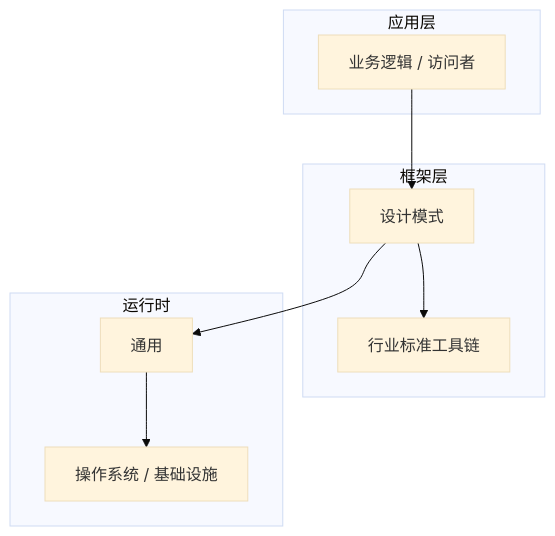
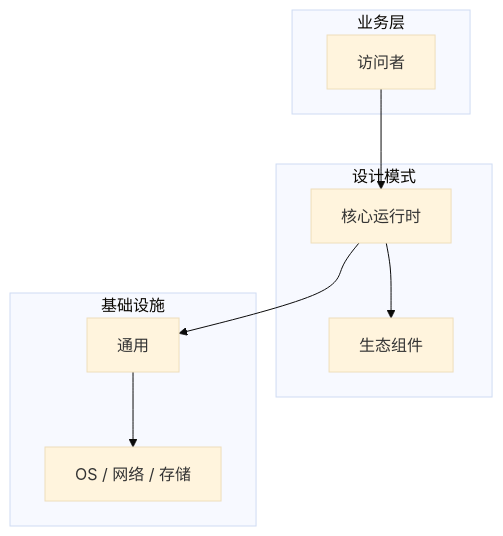
One commit to yanggan2015/knowledge-json-v2 changed the diagram in articles/设计模式/chapters/083-访问者核心概念与原理.md. Above: the diagram before and after it, drawn with Mermaid (base theme). The commit also changed other lines of this file and 10127 other files, not shown here.

````diff
--- a/articles/设计模式/chapters/083-访问者核心概念与原理.md
+++ b/articles/设计模式/chapters/083-访问者核心概念与原理.md
@@ -45,18 +34,18 @@
 ```mermaid
 graph TB
-    subgraph 应用层
-        A[业务逻辑 / 访问者]
+    subgraph 业务层
+        A[访问者]
     end
-    subgraph 框架层
-        B[设计模式]
-        C[行业标准工具链]
+    subgraph 设计模式
+        B[核心运行时]
+        C[生态组件]
     end
-    subgraph 运行时
+    subgraph 基础设施
         D[通用]
-        E[操作系统 / 基础设施]
+        E[OS / 网络 / 存储]
     end
     A --> B
     B --> C
     B --> D
     D --> E
 ```
````
